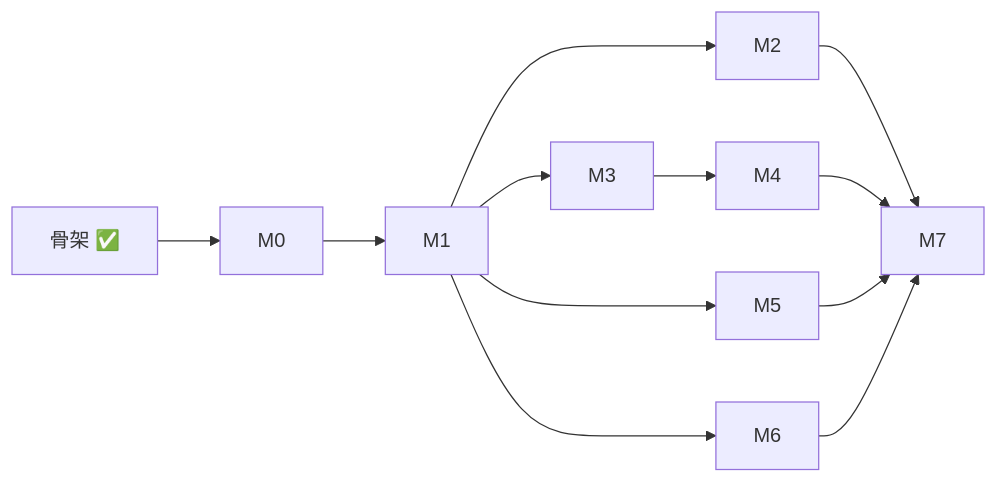
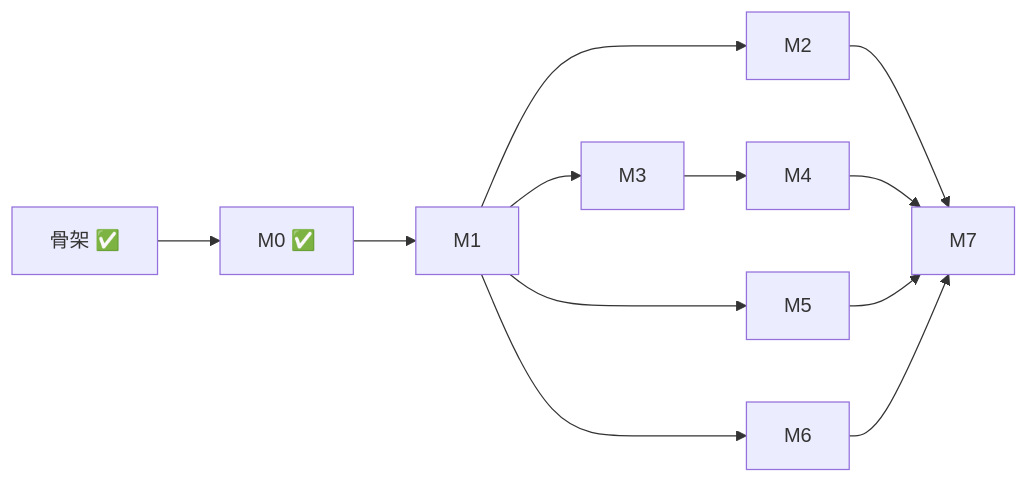
One commit to RooobinYe/ai-pr-review-cloud changed the diagram in docs/roadmap.md. Above: the diagram before and after it, drawn with Mermaid. The commit also changed other lines of this file and 35 other files, not shown here.

````diff
--- a/docs/roadmap.md
+++ b/docs/roadmap.md
@@ -21,10 +21,10 @@
 ```mermaid
 flowchart LR
-    S[骨架 ✅] --> M0 --> M1
+    S[骨架 ✅] --> M0[M0 ✅] --> M1
     M1 --> M2
     M1 --> M3
     M3 --> M4
     M1 --> M5
     M1 --> M6
     M2 & M4 & M5 & M6 --> M7
 ```
````
